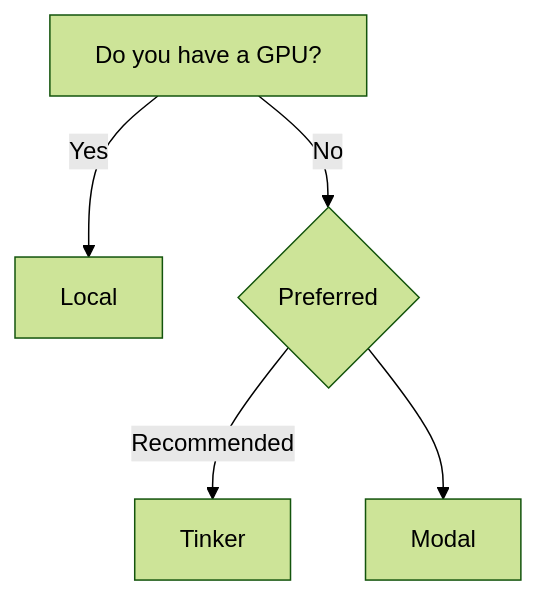
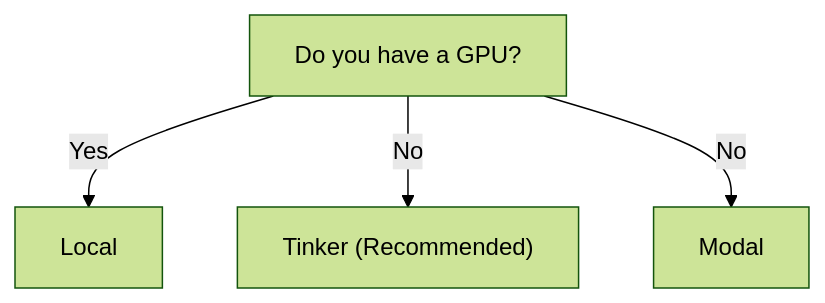
One commit to kfallah/CLaaS changed the diagram in README.md. Above: the diagram before and after it, drawn with Mermaid (forest theme).

Commit message:
Simplify install flowchart: remove intermediate node

````diff
--- a/README.md
+++ b/README.md
@@ -17,7 +17,6 @@
 ```mermaid
 flowchart TD
     A[Do you have a GPU?] -->|Yes| B[Local]
-    A -->|No| C{Preferred}
-    C -->|Recommended| D[Tinker]
-    C --> E[Modal]
+    A -->|No| D["Tinker (Recommended)"]
+    A -->|No| E[Modal]
 ```
````
